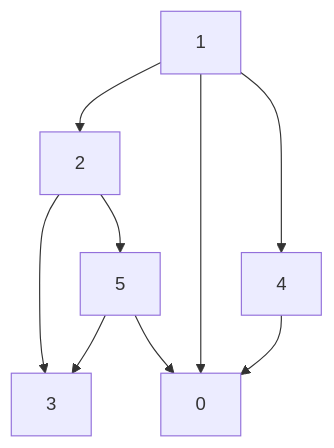
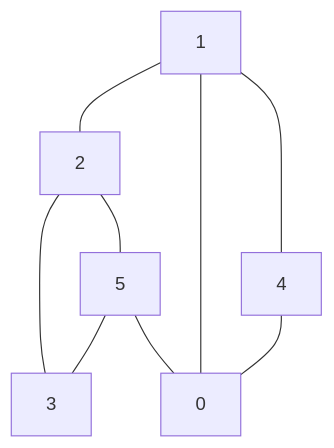
One commit to martinsglucas/eda2 changed the second of 7 diagrams in docs/grafos/grafos.md. Above: the diagram before and after it, drawn with Mermaid. The commit also changed other lines of this file, not shown here.

````diff
--- a/docs/grafos/grafos.md
+++ b/docs/grafos/grafos.md
@@ -121,12 +121,12 @@
 ```mermaid
 graph TD
-    1 --> 2
-    1 --> 0
-    1 --> 4
-    2 --> 3
-    2 --> 5
-    4 --> 0
-    5 --> 3
-    5 --> 0
+    1 --- 2
+    1 --- 0
+    1 --- 4
+    2 --- 3
+    2 --- 5
+    4 --- 0
+    5 --- 3
+    5 --- 0
 
 ```
````
